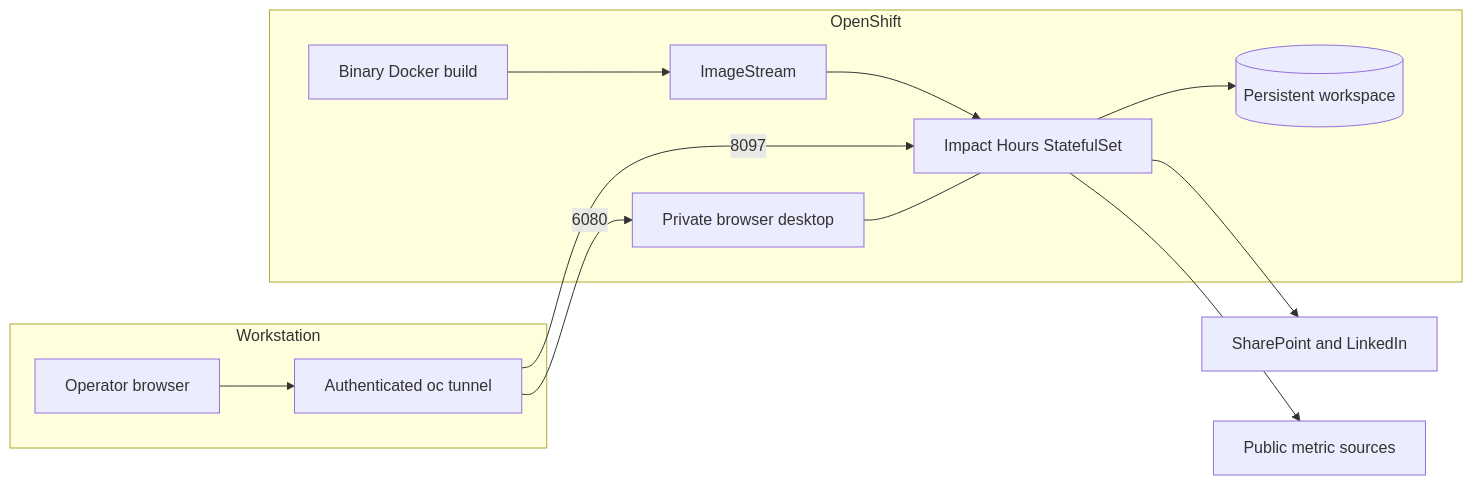
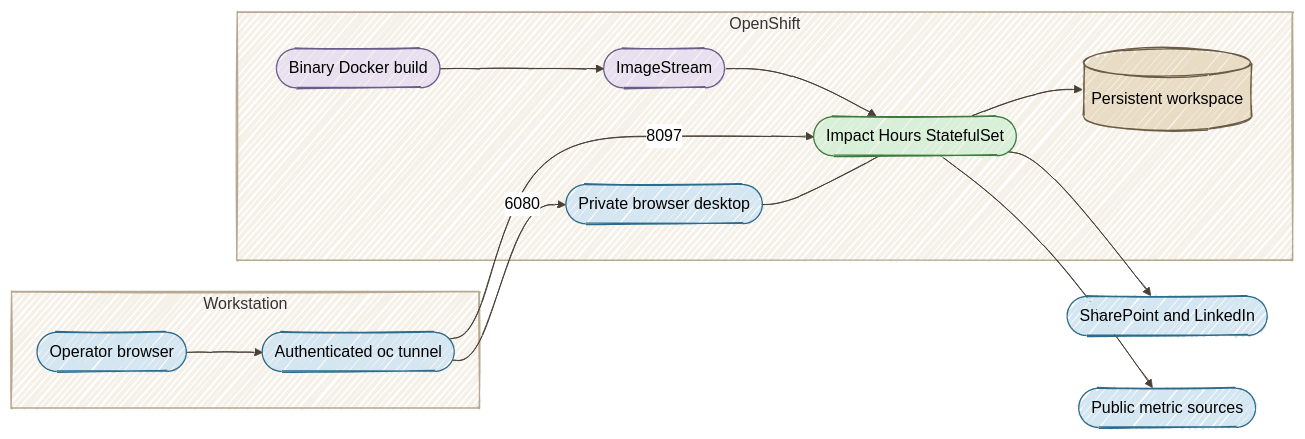
One commit to danieloh30/impact-metrics-appdev changed the diagram in docs/site/deploy/openshift.md. Above: the diagram before and after it, drawn with Mermaid. The commit also changed 8 other files, not shown here.

Commit message:
Apply hand-drawn Mermaid style and document dev.sh startup

````diff
--- a/docs/site/deploy/openshift.md
+++ b/docs/site/deploy/openshift.md
@@ -21,18 +21,32 @@
 ```mermaid
+%%{init: {'look':'handDrawn','theme':'neutral','themeVariables': {'lineColor':'#4A4035'}}}%%
 flowchart LR
   subgraph Workstation
-    U[Operator browser]
-    T[Authenticated oc tunnel]
+    U([Operator browser])
+    T([Authenticated oc tunnel])
     U --> T
   end
   subgraph OpenShift
-    B[Binary Docker build] --> I[ImageStream]
-    I --> A[Impact Hours StatefulSet]
+    B([Binary Docker build]) --> I([ImageStream])
+    I --> A([Impact Hours StatefulSet])
     A --> V[(Persistent workspace)]
     T -->|8097| A
-    T -->|6080| D[Private browser desktop]
+    T -->|6080| D([Private browser desktop])
     D --- A
   end
-  A --> S[SharePoint and LinkedIn]
-  A --> P[Public metric sources]
+  A --> S([SharePoint and LinkedIn])
+  A --> P([Public metric sources])
+
+  style U fill:#D4E6F1,stroke:#2E6B8A
+  style T fill:#D4E6F1,stroke:#2E6B8A
+  style B fill:#E8E0F0,stroke:#6B5B8A
+  style I fill:#E8E0F0,stroke:#6B5B8A
+  style A fill:#D8F0D8,stroke:#3D7A3D
+  style V fill:#E8DCC4,stroke:#6B5B45
+  style D fill:#D4E6F1,stroke:#2E6B8A
+  style S fill:#D4E6F1,stroke:#2E6B8A
+  style P fill:#D4E6F1,stroke:#2E6B8A
+  style Workstation fill:#F5F1E9,stroke:#B7A991
+  style OpenShift fill:#F5F1E9,stroke:#B7A991
+  linkStyle default stroke:#4A4035
 ```
````
